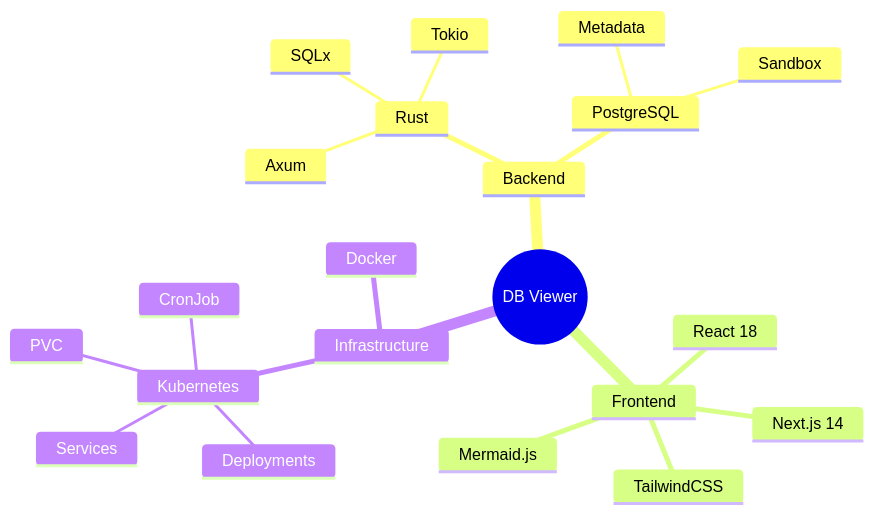
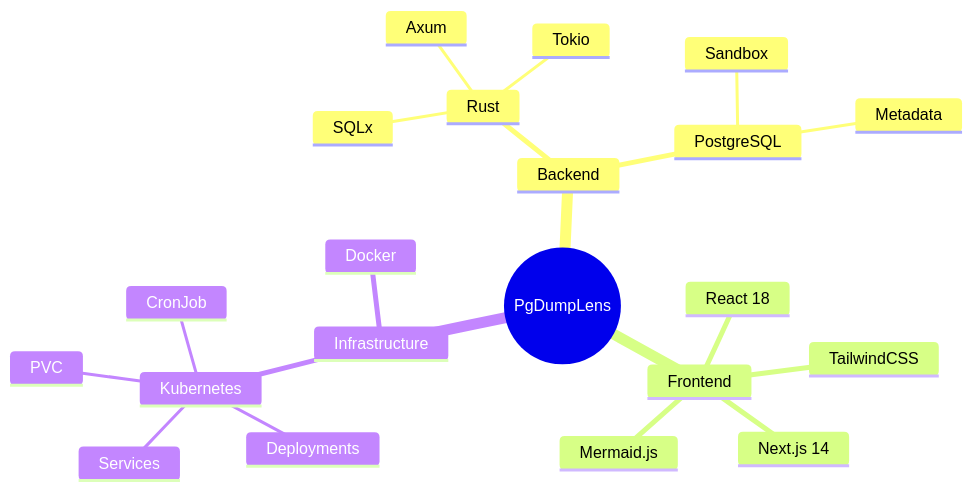
The ninth of 9 diagrams in docs/architecture.md (pkaiy81/PgDumpLens), drawn with Mermaid before and after one commit. The commit also changed other lines of this file and 27 other files, not shown here.

Commit message:
chore: Rename project to PgDumpLens

````diff
--- a/docs/architecture.md
+++ b/docs/architecture.md
@@ -304,24 +304,24 @@
 ```mermaid
 mindmap
-  root((DB Viewer))
+  root((PgDumpLens))
     Backend
       Rust
         Axum
         SQLx
         Tokio
       PostgreSQL
         Metadata
         Sandbox
     Frontend
       Next.js 14
       React 18
       TailwindCSS
       Mermaid.js
     Infrastructure
       Kubernetes
         Deployments
         Services
         PVC
         CronJob
       Docker
 ```
````
